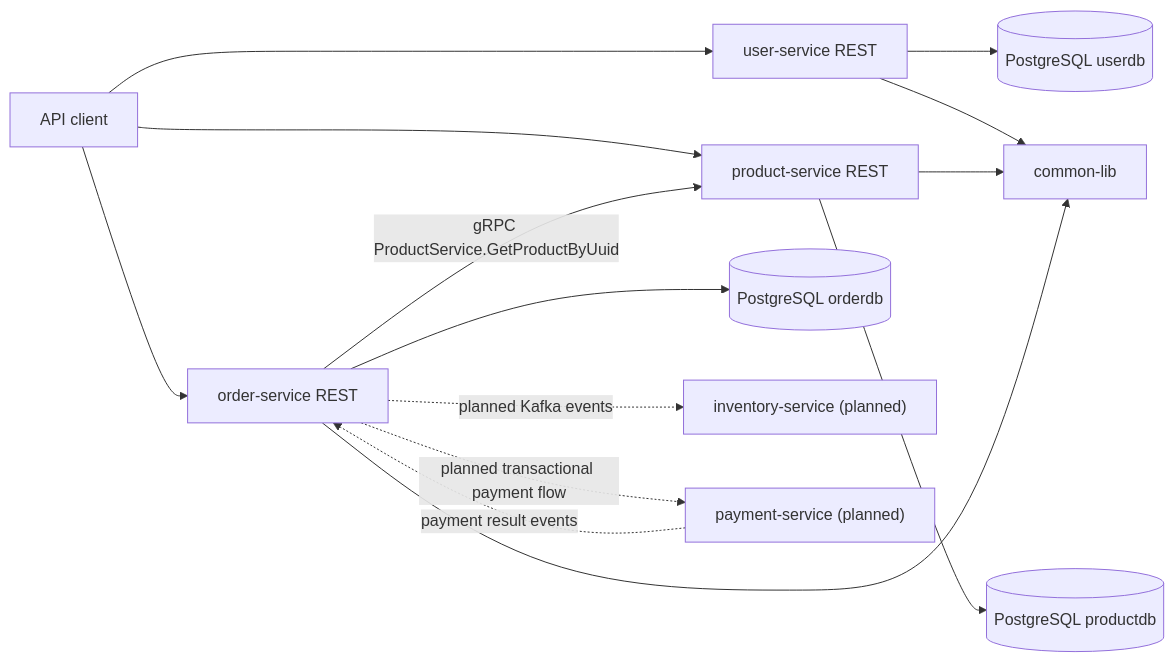
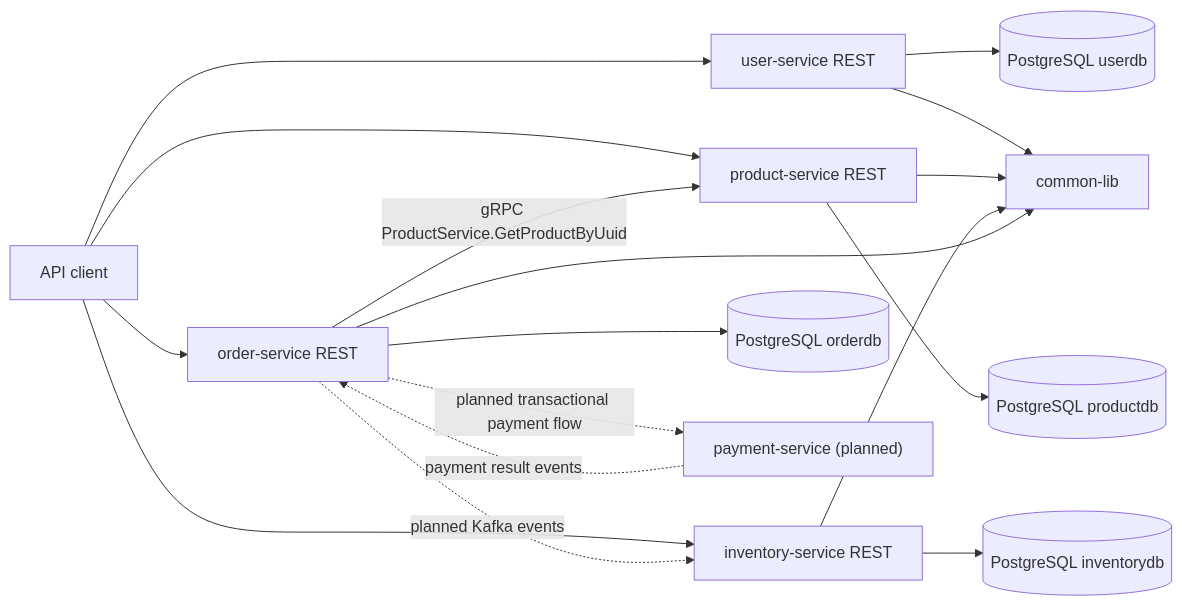
Before and after one commit to TroyTingle/e-commerce: the diagram in README.md, drawn with Mermaid. The commit also changed other lines of this file and 4 other files, not shown here.

````diff
--- a/README.md
+++ b/README.md
@@ -7,19 +7,22 @@
 ```mermaid
 flowchart LR
   Client["API client"] --> User["user-service REST"]
   Client["API client"] --> Product["product-service REST"]
+  Client["API client"] --> Inventory["inventory-service REST"]
   Client["API client"] --> Order["order-service REST"]
 
   User --> UserDb[("PostgreSQL userdb")]
   Product --> ProductDb[("PostgreSQL productdb")]
+  Inventory --> InventoryDb[("PostgreSQL inventorydb")]
   Order --> OrderDb[("PostgreSQL orderdb")]
 
   Order -->|"gRPC ProductService.GetProductByUuid"| Product
-  Order -. "planned Kafka events" .-> Inventory["inventory-service (planned)"]
+  Order -. "planned Kafka events" .-> Inventory
   Order -. "planned transactional payment flow" .-> Payment["payment-service (planned)"]
   Payment -. "payment result events" .-> Order
 
   User --> Common["common-lib"]
   Product --> Common
+  Inventory --> Common
   Order --> Common
 ```
````
